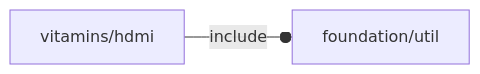
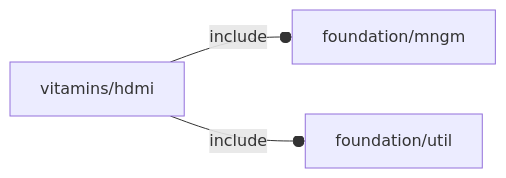
The diagram in orthodocs/vitamins/hdmi.md (ggabbiani/OFL), drawn with Mermaid before and after one commit. The commit also changed 39 other files, not shown here.

````diff
--- a/orthodocs/vitamins/hdmi.md
+++ b/orthodocs/vitamins/hdmi.md
@@ -5,4 +5,5 @@
 ```mermaid
 graph LR
-    A1[vitamins/hdmi] --o|include| A2[foundation/util]
+    A1[vitamins/hdmi] --o|include| A2[foundation/mngm]
+    A1 --o|include| A3[foundation/util]
 ```
````
